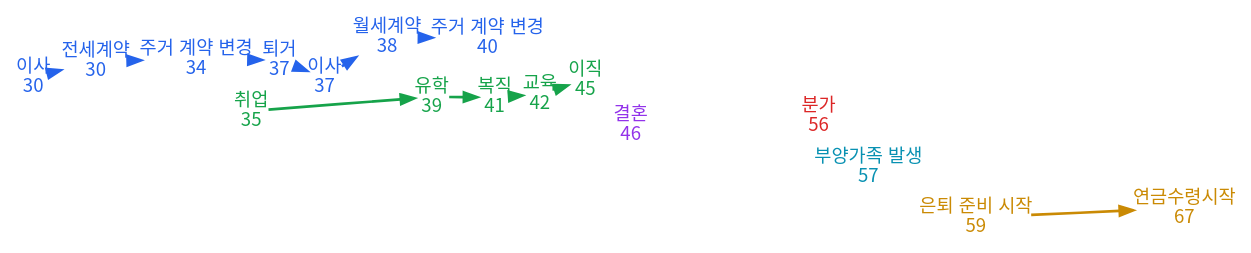
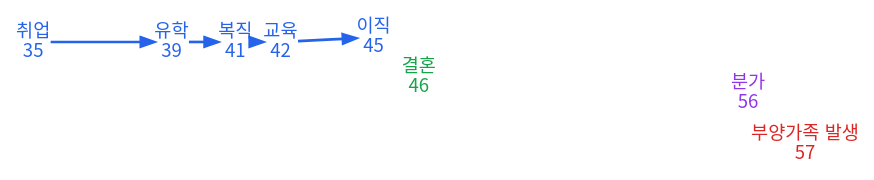
One commit to hanliger/life-event-benchmark-v2 changed the diagram in life_generator/out/samples/sample_seed_42.dot. Above: the diagram before and after it, drawn with Graphviz. The commit also changed 83 other files, not shown here.

```diff
--- a/life_generator/out/samples/sample_seed_42.dot
+++ b/life_generator/out/samples/sample_seed_42.dot
@@ -1,33 +1,17 @@
 digraph sample_life_path {
   graph [layout=neato, overlap=false, splines=true, outputorder=edgesfirst];
   node [shape=plain, fontname="Noto Sans CJK KR"];
   edge [penwidth=2.0];
-  "event_0" [label="이사\n30", pos="0.9,0.0!", fontcolor="#2563eb"];
-  "event_1" [label="전세계약\n30", pos="0.9,0.0!", fontcolor="#2563eb"];
-  "event_2" [label="주거 계약 변경\n34", pos="4.5,0.0!", fontcolor="#2563eb"];
-  "event_3" [label="취업\n35", pos="5.4,-0.8!", fontcolor="#16a34a"];
-  "event_4" [label="퇴거\n37", pos="7.2,0.0!", fontcolor="#2563eb"];
-  "event_5" [label="이사\n37", pos="7.2,0.0!", fontcolor="#2563eb"];
-  "event_6" [label="월세계약\n38", pos="8.1,0.0!", fontcolor="#2563eb"];
-  "event_7" [label="유학\n39", pos="9.0,-0.8!", fontcolor="#16a34a"];
-  "event_8" [label="주거 계약 변경\n40", pos="9.9,0.0!", fontcolor="#2563eb"];
-  "event_9" [label="복직\n41", pos="10.8,-0.8!", fontcolor="#16a34a"];
-  "event_10" [label="교육\n42", pos="11.700000000000001,-0.8!", fontcolor="#16a34a"];
-  "event_11" [label="이직\n45", pos="14.4,-0.8!", fontcolor="#16a34a"];
-  "event_12" [label="결혼\n46", pos="15.3,-1.6!", fontcolor="#9333ea"];
-  "event_13" [label="분가\n56", pos="24.3,-2.4000000000000004!", fontcolor="#dc2626"];
-  "event_14" [label="부양가족 발생\n57", pos="25.2,-3.2!", fontcolor="#0891b2"];
-  "event_15" [label="은퇴 준비 시작\n59", pos="27.0,-4.0!", fontcolor="#ca8a04"];
-  "event_16" [label="연금수령시작\n67", pos="34.2,-4.0!", fontcolor="#ca8a04"];
-  "event_3" -> "event_7" [color="#16a34a"];
-  "event_7" -> "event_9" [color="#16a34a"];
-  "event_9" -> "event_10" [color="#16a34a"];
-  "event_10" -> "event_11" [color="#16a34a"];
+  "event_0" [label="취업\n35", pos="0.9,0.0!", fontcolor="#2563eb"];
+  "event_1" [label="유학\n39", pos="4.5,0.0!", fontcolor="#2563eb"];
+  "event_2" [label="복직\n41", pos="6.3,0.0!", fontcolor="#2563eb"];
+  "event_3" [label="교육\n42", pos="7.2,0.0!", fontcolor="#2563eb"];
+  "event_4" [label="이직\n45", pos="9.9,0.0!", fontcolor="#2563eb"];
+  "event_5" [label="결혼\n46", pos="10.8,-0.8!", fontcolor="#16a34a"];
+  "event_6" [label="분가\n56", pos="19.8,-1.6!", fontcolor="#9333ea"];
+  "event_7" [label="부양가족 발생\n57", pos="20.7,-2.4000000000000004!", fontcolor="#dc2626"];
   "event_0" -> "event_1" [color="#2563eb"];
   "event_1" -> "event_2" [color="#2563eb"];
-  "event_2" -> "event_4" [color="#2563eb"];
-  "event_4" -> "event_5" [color="#2563eb"];
-  "event_5" -> "event_6" [color="#2563eb"];
-  "event_6" -> "event_8" [color="#2563eb"];
-  "event_15" -> "event_16" [color="#ca8a04"];
+  "event_2" -> "event_3" [color="#2563eb"];
+  "event_3" -> "event_4" [color="#2563eb"];
 }
```
